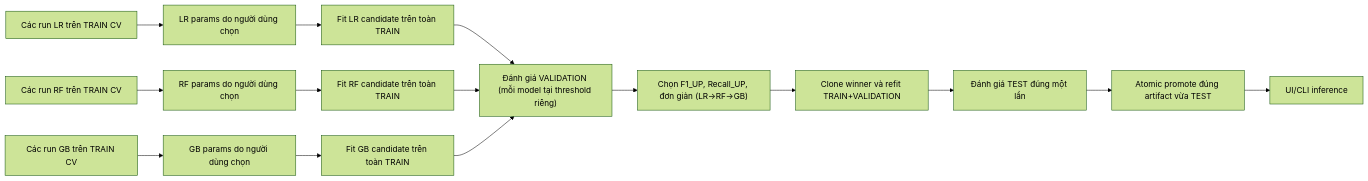
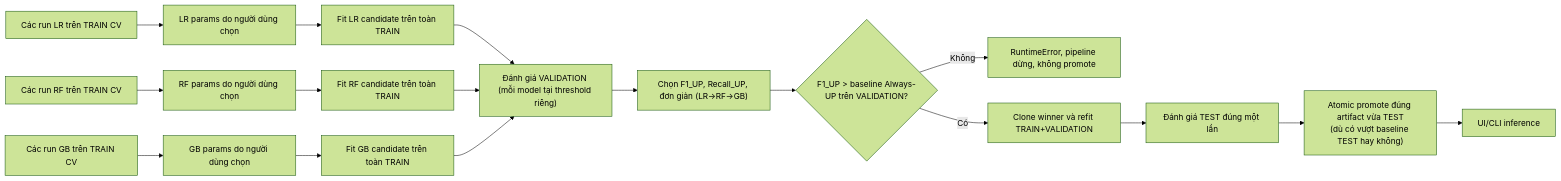
One commit to human6004/stock-prediction-ml changed the diagram in docs/GIAI_THICH_PROJECT.md. Above: the diagram before and after it, drawn with Mermaid (forest theme). The commit also changed other lines of this file and 22 other files, not shown here.

````diff
--- a/docs/GIAI_THICH_PROJECT.md
+++ b/docs/GIAI_THICH_PROJECT.md
@@ -187,17 +436,19 @@
 ```mermaid
 flowchart LR
     A["Các run LR trên TRAIN CV"] --> D["LR params do người dùng chọn"]
     B["Các run RF trên TRAIN CV"] --> E["RF params do người dùng chọn"]
     C["Các run GB trên TRAIN CV"] --> F["GB params do người dùng chọn"]
     D --> G["Fit LR candidate trên toàn TRAIN"]
     E --> H["Fit RF candidate trên toàn TRAIN"]
     F --> I["Fit GB candidate trên toàn TRAIN"]
     G --> J["Đánh giá VALIDATION (mỗi model tại threshold riêng)"]
     H --> J
     I --> J
     J --> K["Chọn F1_UP, Recall_UP, đơn giản (LR→RF→GB)"]
-    K --> L["Clone winner và refit TRAIN+VALIDATION"]
-    L --> M["Đánh giá TEST đúng một lần"]
-    M --> N["Atomic promote đúng artifact vừa TEST"]
-    N --> O["UI/CLI inference"]
+    K --> L{"F1_UP > baseline Always-UP trên VALIDATION?"}
+    L -- "Không" --> X["RuntimeError, pipeline dừng, không promote"]
+    L -- "Có" --> M["Clone winner và refit TRAIN+VALIDATION"]
+    M --> N["Đánh giá TEST đúng một lần"]
+    N --> O["Atomic promote đúng artifact vừa TEST\n(dù có vượt baseline TEST hay không)"]
+    O --> P["UI/CLI inference"]
 ```
````
